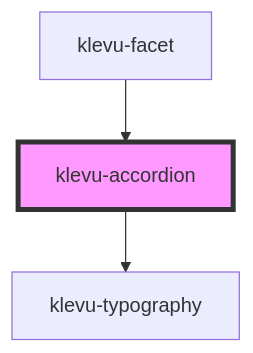
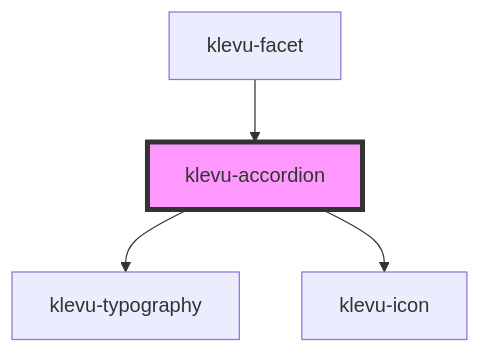
One commit to klevultd/frontend-sdk changed the diagram in packages/klevu-ui/src/components/klevu-accordion/readme.md. Above: the diagram before and after it, drawn with Mermaid. The commit also changed other lines of this file and 80 other files, not shown here.

Commit message:
Create a klevu-icon component

````diff
--- a/packages/klevu-ui/src/components/klevu-accordion/readme.md
+++ b/packages/klevu-ui/src/components/klevu-accordion/readme.md
@@ -45,6 +39,7 @@
 ```mermaid
 graph TD;
   klevu-accordion --> klevu-typography
+  klevu-accordion --> klevu-icon
   klevu-facet --> klevu-accordion
   style klevu-accordion fill:#f9f,stroke:#333,stroke-width:4px
 ```
````
